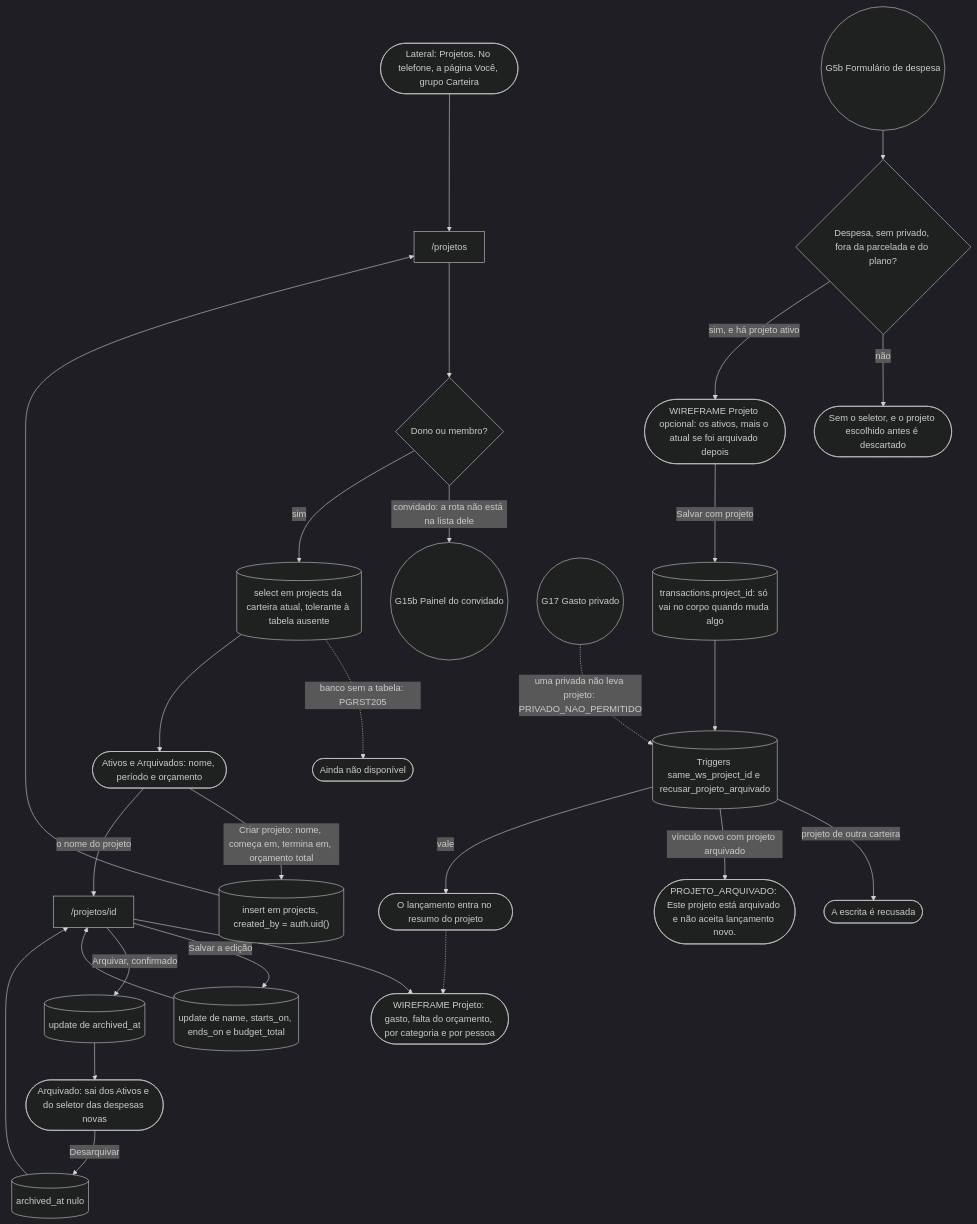
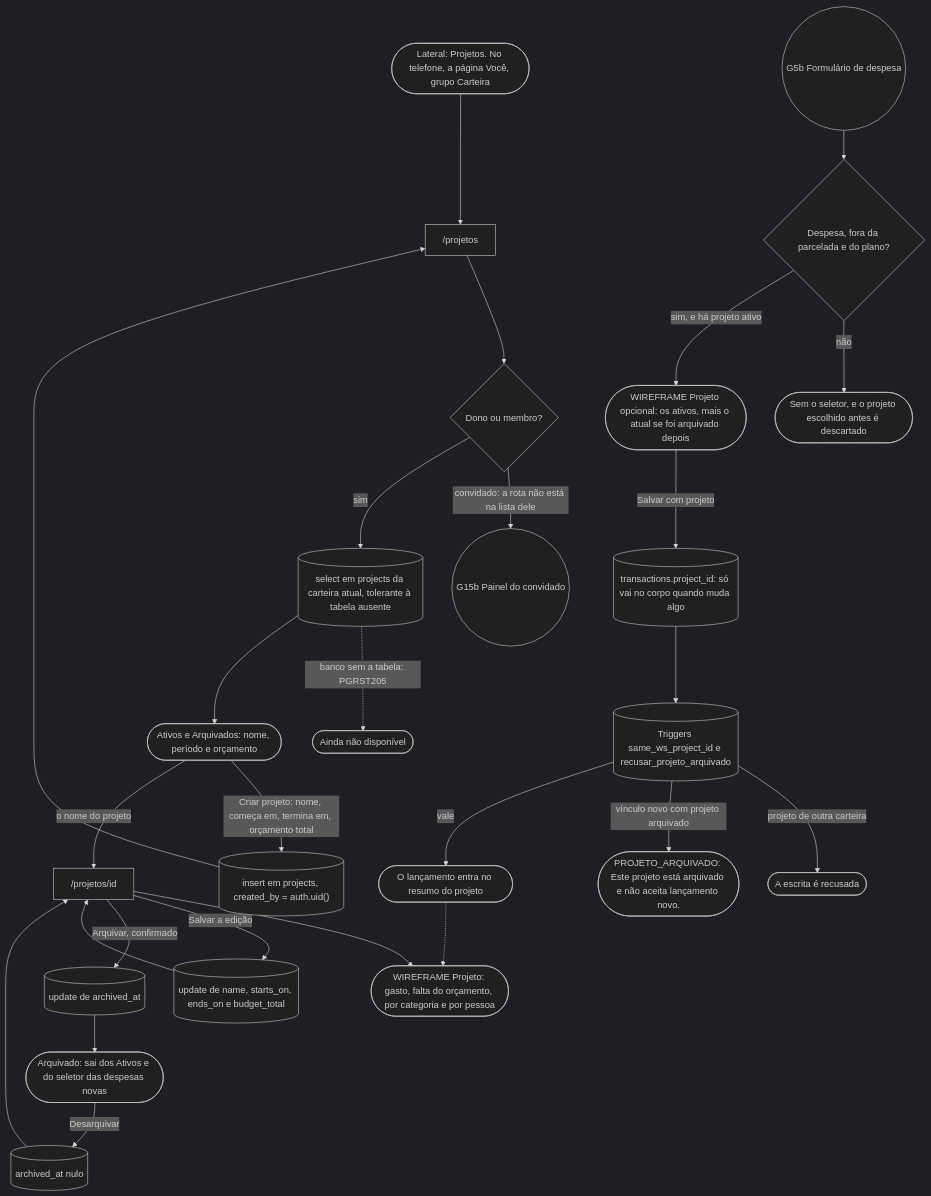
One commit to kauax2000/finance_app changed diagram 27 of 29 in docs/JORNADAS.md. Above: the diagram before and after it, drawn with Mermaid. The commit also changed other lines of this file and 8 other files, not shown here.

````diff
--- a/docs/JORNADAS.md
+++ b/docs/JORNADAS.md
@@ -1908,31 +1844,30 @@
 ```mermaid
 %%{init: {"theme": "dark"}}%%
 flowchart TD
     menu(["Lateral: Projetos. No telefone, a página Você, grupo Carteira"]) --> lista["/projetos"]
     lista --> papel{"Dono ou membro?"}
     papel -->|"convidado: a rota não está na lista dele"| guestDash(("G15b Painel do convidado"))
     papel -->|"sim"| ler[("select em projects da carteira atual, tolerante à tabela ausente")]
     ler -.->|"banco sem a tabela: PGRST205"| indisp(["Ainda não disponível"])
     ler --> ativos(["Ativos e Arquivados: nome, período e orçamento"])
     ativos -->|"Criar projeto: nome, começa em, termina em, orçamento total"| criar[("insert em projects, created_by = auth.uid()")]
     criar --> lista
     ativos -->|"o nome do projeto"| det["/projetos/id"]
     det --> resumo(["WIREFRAME Projeto: gasto, falta do orçamento, por categoria e por pessoa"])
     det -->|"Salvar a edição"| edit[("update de name, starts_on, ends_on e budget_total")]
     edit --> det
     det -->|"Arquivar, confirmado"| arq[("update de archived_at")]
     arq --> arquivado(["Arquivado: sai dos Ativos e do seletor das despesas novas"])
     arquivado -->|"Desarquivar"| desarq[("archived_at nulo")]
     desarq --> det
 
-    form(("G5b Formulário de despesa")) --> quando{"Despesa, sem privado, fora da parcelada e do plano?"}
+    form(("G5b Formulário de despesa")) --> quando{"Despesa, fora da parcelada e do plano?"}
     quando -->|"não"| semSeletor(["Sem o seletor, e o projeto escolhido antes é descartado"])
     quando -->|"sim, e há projeto ativo"| seletor(["WIREFRAME Projeto opcional: os ativos, mais o atual se foi arquivado depois"])
     seletor -->|"Salvar com projeto"| tx[("transactions.project_id: só vai no corpo quando muda algo")]
     tx --> gat[("Triggers same_ws_project_id e recusar_projeto_arquivado")]
     gat -->|"projeto de outra carteira"| erroWs(["A escrita é recusada"])
     gat -->|"vínculo novo com projeto arquivado"| erroArq(["PROJETO_ARQUIVADO: Este projeto está arquivado e não aceita lançamento novo."])
     gat -->|"vale"| entra(["O lançamento entra no resumo do projeto"])
     entra -.-> resumo
-    privada(("G17 Gasto privado")) -.->|"uma privada não leva projeto: PRIVADO_NAO_PERMITIDO"| gat
 ```
````
